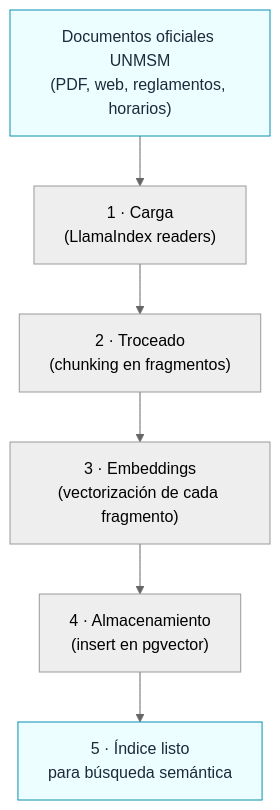
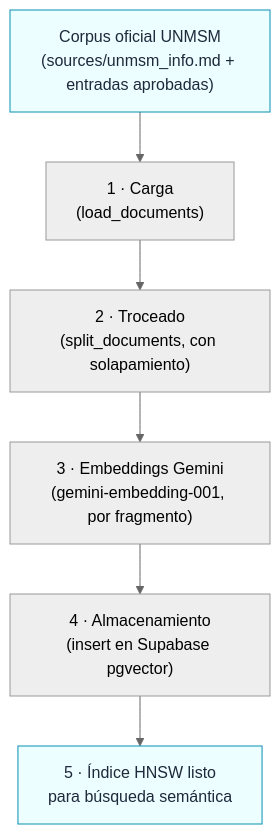
One commit to frank777ch/OndeSanMarcos changed the third of 6 diagrams in documents/03-backend-rag.md. Above: the diagram before and after it, drawn with Mermaid (neutral theme). The commit also changed other lines of this file, not shown here.

Commit message:
docs: refresh backend/RAG doc to real pipeline (Gemini + pgvector, own engine)

````diff
--- a/documents/03-backend-rag.md
+++ b/documents/03-backend-rag.md
@@ -76,14 +76,14 @@
 ```mermaid
 flowchart TD
-    docs["Documentos oficiales UNMSM<br/>(PDF, web, reglamentos, horarios)"]
-    load["1 · Carga<br/>(LlamaIndex readers)"]
-    chunk["2 · Troceado<br/>(chunking en fragmentos)"]
-    emb["3 · Embeddings<br/>(vectorización de cada fragmento)"]
-    store["4 · Almacenamiento<br/>(insert en pgvector)"]
-    idx["5 · Índice listo<br/>para búsqueda semántica"]
+    docs["Corpus oficial UNMSM<br/>(sources/unmsm_info.md + entradas aprobadas)"]
+    load["1 · Carga<br/>(load_documents)"]
+    chunk["2 · Troceado<br/>(split_documents, con solapamiento)"]
+    emb["3 · Embeddings Gemini<br/>(gemini-embedding-001, por fragmento)"]
+    store["4 · Almacenamiento<br/>(insert en Supabase pgvector)"]
+    idx["5 · Índice HNSW listo<br/>para búsqueda semántica"]
 
     docs --> load --> chunk --> emb --> store --> idx
 
     classDef io fill:#ecfeff,stroke:#0891b2,color:#1e293b;
     class docs,idx io;
 ```
````
